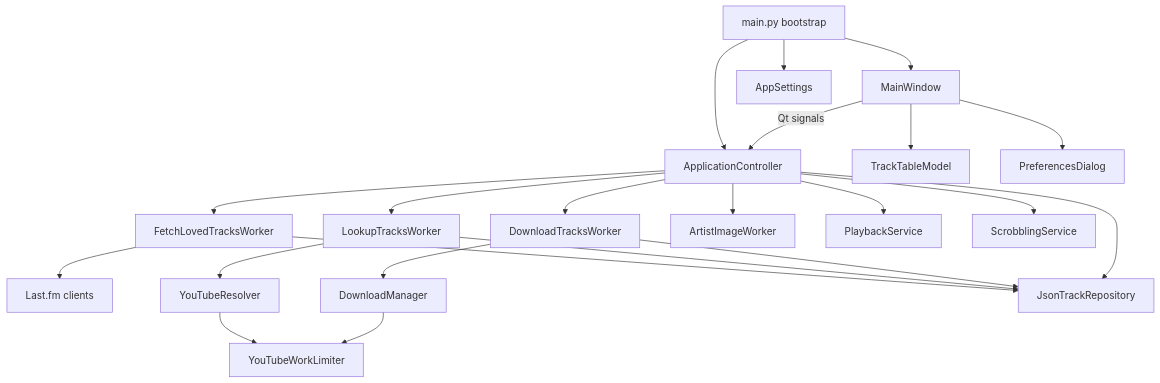
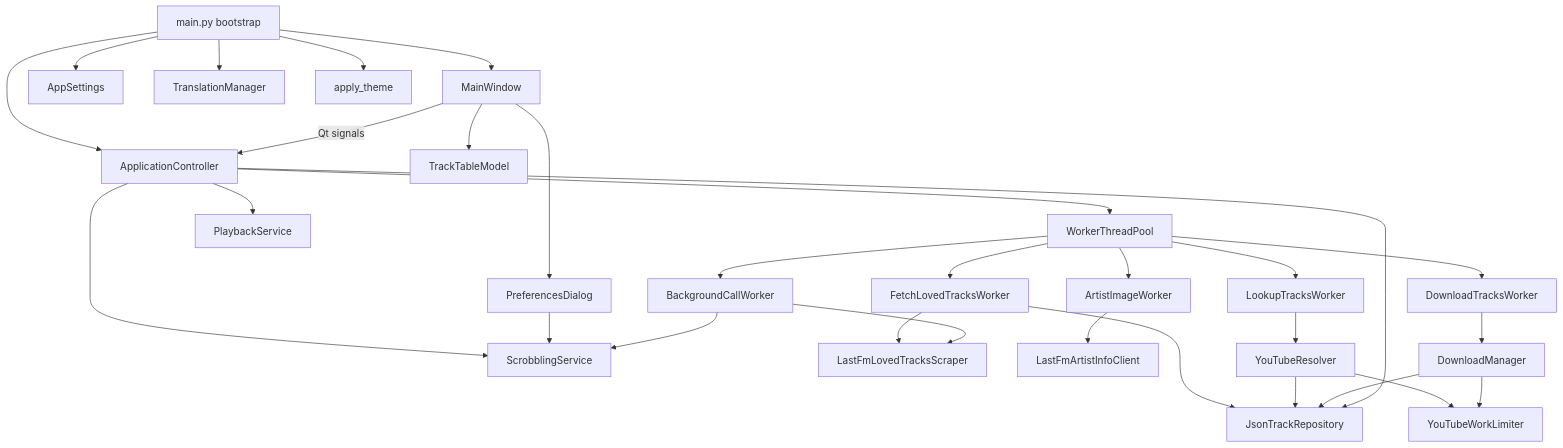
The second of 6 diagrams in documents/03_ARCHITECTURE.md (marcelpetrick/myLastFmPlayer), drawn with Mermaid before and after one commit. The commit also changed other lines of this file and 20 other files, not shown here.

First line of the commit message:
docs: review all Markdown, refresh architecture; pin UI construction by snapshots (v0.0.209)

````diff
--- a/documents/03_ARCHITECTURE.md
+++ b/documents/03_ARCHITECTURE.md
@@ -52,27 +57,35 @@
 ```mermaid
 flowchart TB
     Main[main.py bootstrap] --> Window[MainWindow]
     Main --> Controller[ApplicationController]
     Main --> Settings[AppSettings]
+    Main --> I18n[TranslationManager]
+    Main --> Themes[apply_theme]
     Window --> Table[TrackTableModel]
     Window --> Preferences[PreferencesDialog]
     Window -- Qt signals --> Controller
 
-    Controller --> FetchWorker[FetchLovedTracksWorker]
-    Controller --> LookupWorker[LookupTracksWorker]
-    Controller --> DownloadWorker[DownloadTracksWorker]
-    Controller --> ImageWorker[ArtistImageWorker]
+    Controller --> Pool[WorkerThreadPool]
+    Pool --> FetchWorker[FetchLovedTracksWorker]
+    Pool --> LookupWorker[LookupTracksWorker]
+    Pool --> DownloadWorker[DownloadTracksWorker]
+    Pool --> ImageWorker[ArtistImageWorker]
+    Pool --> CallWorker[BackgroundCallWorker]
     Controller --> Playback[PlaybackService]
     Controller --> Scrobbling[ScrobblingService]
+    Preferences --> Scrobbling
 
-    FetchWorker --> LastFm[Last.fm clients]
+    FetchWorker --> Scraper[LastFmLovedTracksScraper]
+    ImageWorker --> ArtistInfo[LastFmArtistInfoClient]
     LookupWorker --> Resolver[YouTubeResolver]
     DownloadWorker --> Downloader[DownloadManager]
+    CallWorker --> Scraper
+    CallWorker --> Scrobbling
     Resolver --> Limiter[YouTubeWorkLimiter]
     Downloader --> Limiter
 
     FetchWorker --> Repository[JsonTrackRepository]
-    LookupWorker --> Repository
-    DownloadWorker --> Repository
+    Resolver --> Repository
+    Downloader --> Repository
     Controller --> Repository
 ```
````
